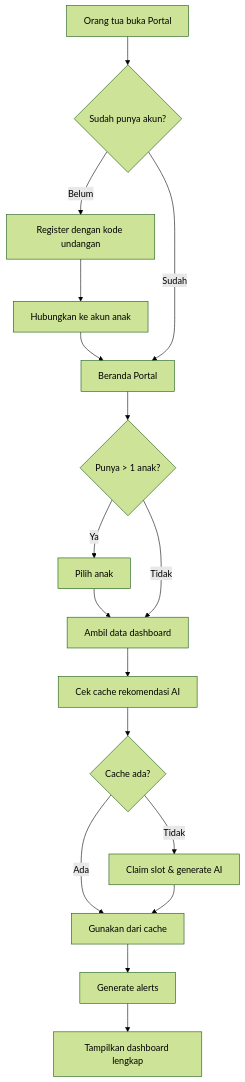
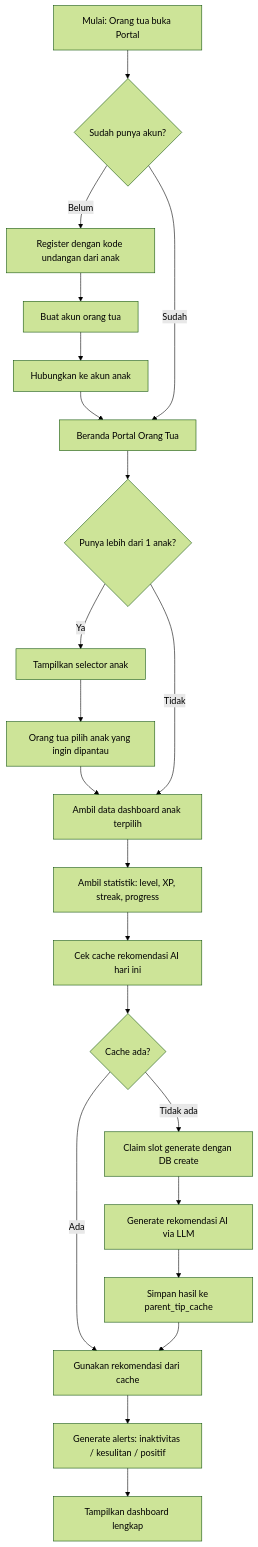
Before and after one commit to KyyTzy09/Pekan-IT-Spark-AI: the diagram in proposal/diagrams/activity-parent-dashboard.md, drawn with Mermaid (forest theme). The commit also changed 6 other files, not shown here.

Commit message:
docs: update proposal diagrams with consistent sizing

````diff
--- a/proposal/diagrams/activity-parent-dashboard.md
+++ b/proposal/diagrams/activity-parent-dashboard.md
@@ -1,25 +1,30 @@
 ```mermaid
 flowchart TD
-    A[Orang tua buka Portal] --> B{Sudah punya akun?}
+    A[Mulai: Orang tua buka Portal] --> B{Sudah punya akun?}
 
-    B -->|Belum| C[Register dengan kode undangan]
-    C --> D[Hubungkan ke akun anak]
-    D --> E[Beranda Portal]
+    B -->|Belum| C[Register dengan kode undangan dari anak]
+    C --> D[Buat akun orang tua]
+    D --> E[Hubungkan ke akun anak]
+    E --> F[Beranda Portal Orang Tua]
 
-    B -->|Sudah| E
+    B -->|Sudah| F
 
-    E --> F{Punya > 1 anak?}
-    F -->|Ya| G[Pilih anak]
-    G --> H[Ambil data dashboard]
-    F -->|Tidak| H
+    F --> G{Punya lebih dari 1 anak?}
+    G -->|Ya| H[Tampilkan selector anak]
+    H --> I[Orang tua pilih anak yang ingin dipantau]
+    I --> J[Ambil data dashboard anak terpilih]
+    G -->|Tidak| J
 
-    H --> I[Cek cache rekomendasi AI]
-    I --> J{Cache ada?}
+    J --> K[Ambil statistik: level, XP, streak, progress]
+    K --> L[Cek cache rekomendasi AI hari ini]
 
-    J -->|Ada| K[Gunakan dari cache]
-    J -->|Tidak| L[Claim slot & generate AI]
-    L --> K
+    L --> M{Cache ada?}
+    M -->|Ada| N[Gunakan rekomendasi dari cache]
+    M -->|Tidak ada| O[Claim slot generate dengan DB create]
+    O --> P[Generate rekomendasi AI via LLM]
+    P --> Q[Simpan hasil ke parent_tip_cache]
+    Q --> N
 
-    K --> M[Generate alerts]
-    M --> N[Tampilkan dashboard lengkap]
+    N --> R[Generate alerts: inaktivitas / kesulitan / positif]
+    R --> S[Tampilkan dashboard lengkap]
 ```
````
